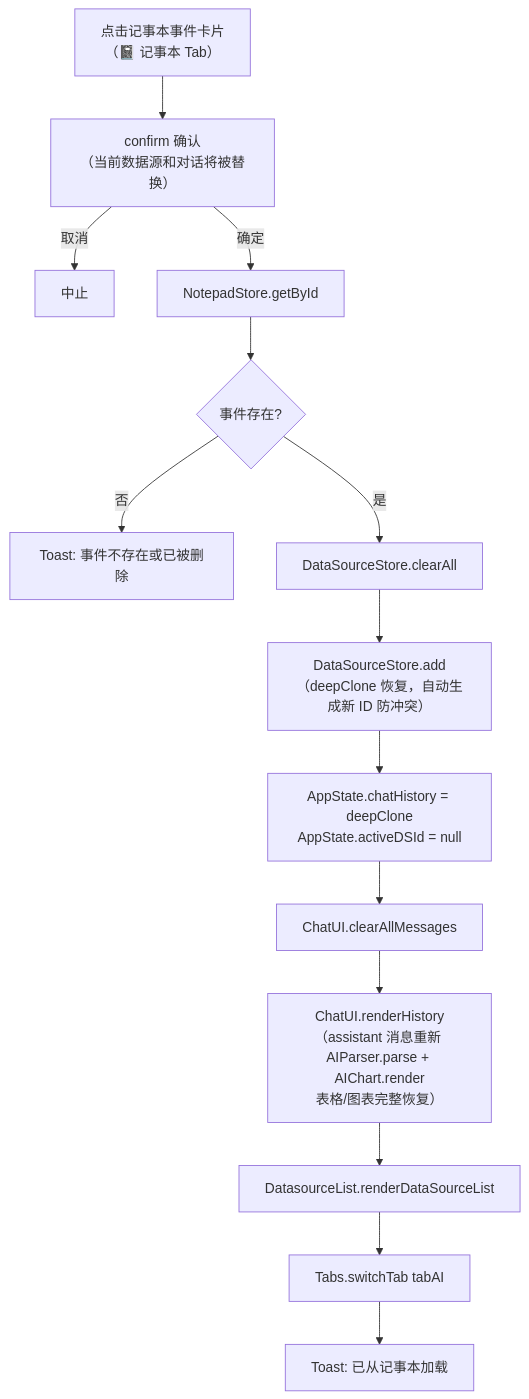
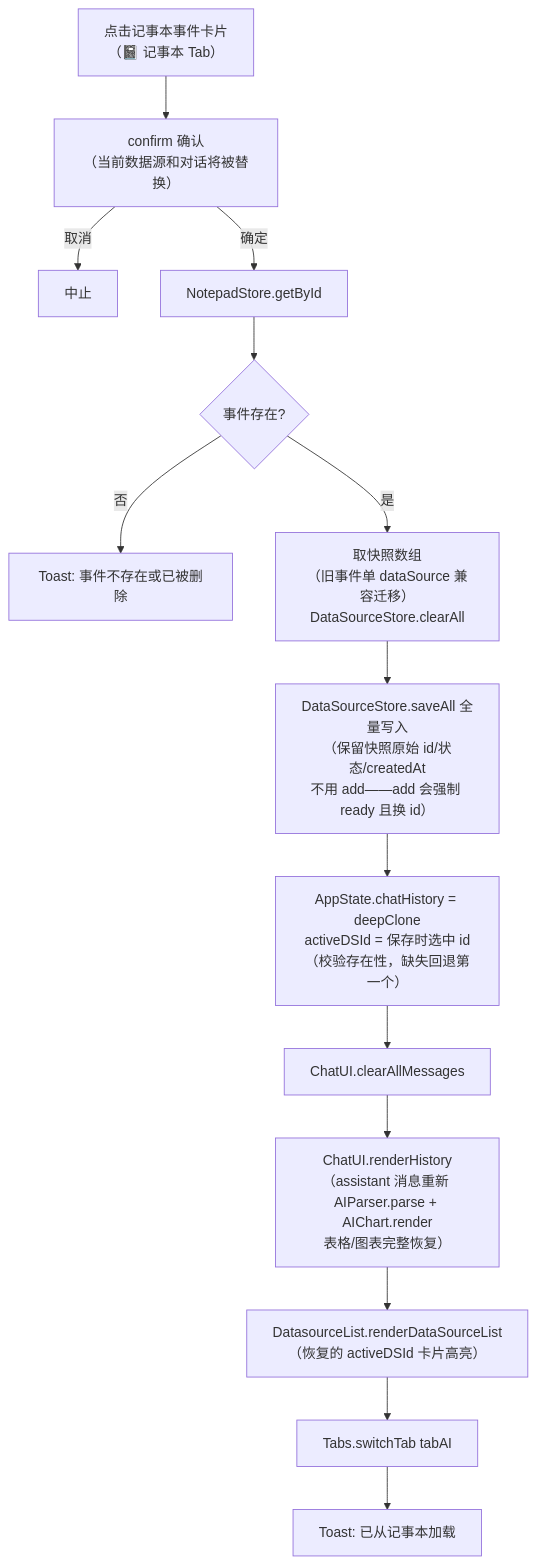
Diagram 12 of 19 in 流程图.md (ksmingkimo/AsCoding), drawn with Mermaid before and after one commit. The commit also changed other lines of this file and 25 other files, not shown here.

````diff
--- a/流程图.md
+++ b/流程图.md
@@ -372,16 +373,16 @@
 ```mermaid
 flowchart TD
     A["点击记事本事件卡片<br/>（📓 记事本 Tab）"] --> B["confirm 确认<br/>（当前数据源和对话将被替换）"]
     B -->|取消| Z[中止]
     B -->|确定| C[NotepadStore.getById]
     C --> D{事件存在?}
     D -->|否| E[Toast: 事件不存在或已被删除]
-    D -->|是| F[DataSourceStore.clearAll]
-    F --> G["DataSourceStore.add<br/>（deepClone 恢复，自动生成新 ID 防冲突）"]
-    G --> H["AppState.chatHistory = deepClone<br/>AppState.activeDSId = null"]
+    D -->|是| F["取快照数组<br/>（旧事件单 dataSource 兼容迁移）<br/>DataSourceStore.clearAll"]
+    F --> G["DataSourceStore.saveAll 全量写入<br/>（保留快照原始 id/状态/createdAt<br/>不用 add——add 会强制 ready 且换 id）"]
+    G --> H["AppState.chatHistory = deepClone<br/>activeDSId = 保存时选中 id<br/>（校验存在性，缺失回退第一个）"]
     H --> I[ChatUI.clearAllMessages]
     I --> J["ChatUI.renderHistory<br/>（assistant 消息重新 AIParser.parse + AIChart.render<br/>表格/图表完整恢复）"]
-    J --> K[DatasourceList.renderDataSourceList]
+    J --> K["DatasourceList.renderDataSourceList<br/>（恢复的 activeDSId 卡片高亮）"]
     K --> L[Tabs.switchTab tabAI]
     L --> M[Toast: 已从记事本加载]
 ```
````
